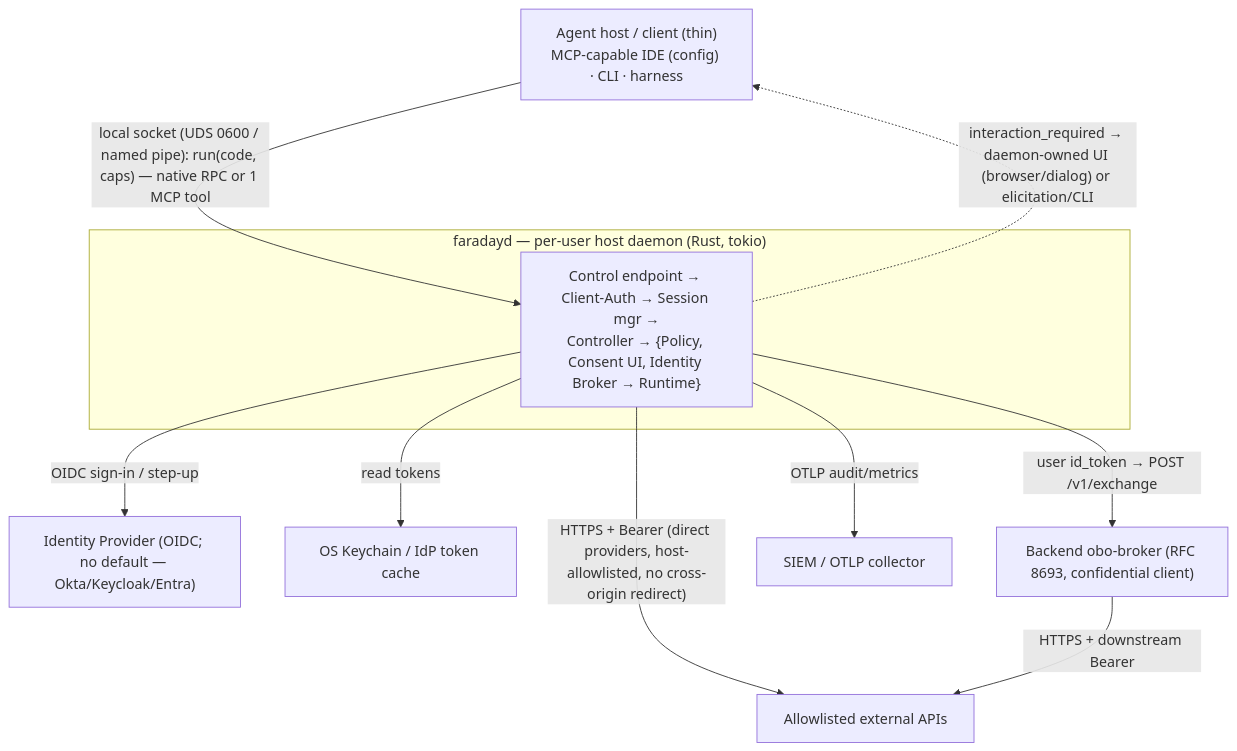
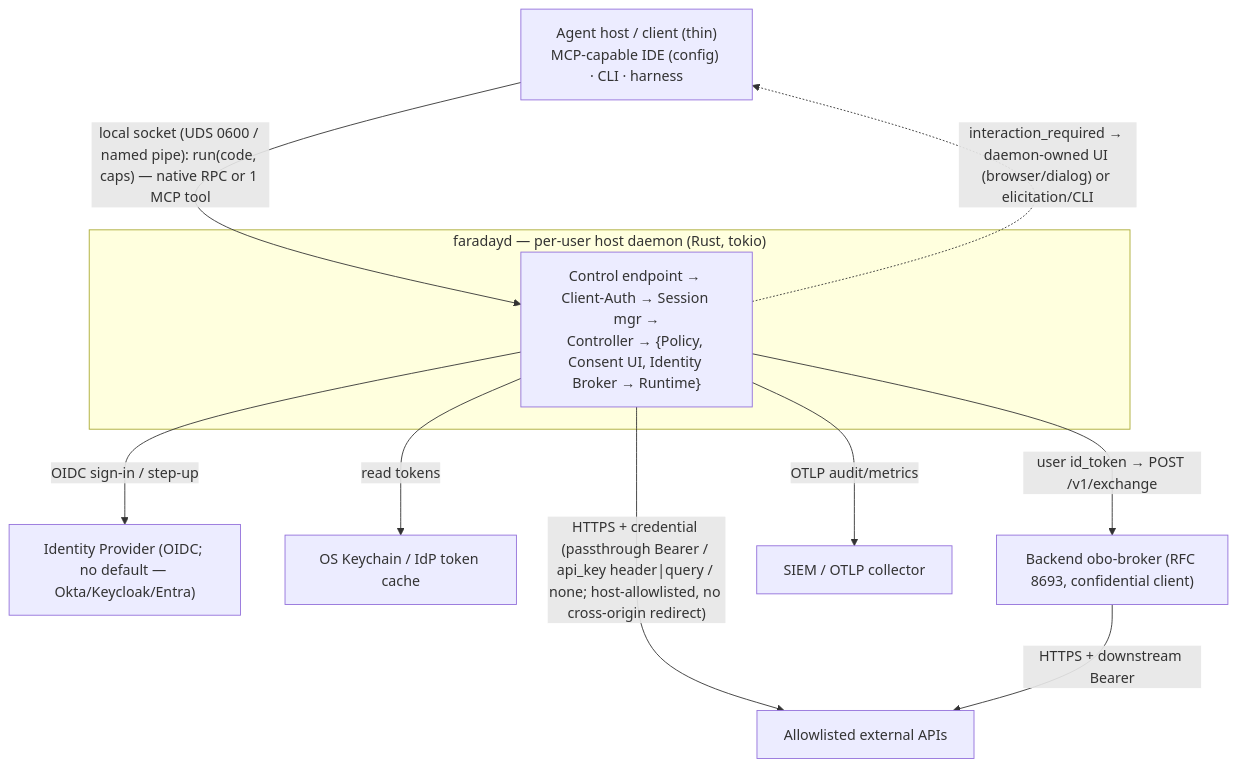
Before and after one commit to gatblau/faraday: the diagram in docs/spec/sandbox-daemon/phase-2-architecture.md, drawn with Mermaid. The commit also changed other lines of this file and 3 other files, not shown here.

````diff
--- a/docs/spec/sandbox-daemon/phase-2-architecture.md
+++ b/docs/spec/sandbox-daemon/phase-2-architecture.md
@@ -11,21 +11,21 @@
 ```mermaid
 graph TB
   client["Agent host / client (thin)<br/>MCP-capable IDE (config) · CLI · harness"]
   subgraph d["faradayd — per-user host daemon (Rust, tokio)"]
     s["Control endpoint → Client-Auth → Session mgr →<br/>Controller → {Policy, Consent UI, Identity Broker → Runtime}"]
   end
   idp["Identity Provider (OIDC; no default — Okta/Keycloak/Entra)"]
   keychain["OS Keychain / IdP token cache"]
   obo["Backend obo-broker (RFC 8693, confidential client)"]
   apis["Allowlisted external APIs"]
   siem["SIEM / OTLP collector"]
 
   client -->|"local socket (UDS 0600 / named pipe): run(code, caps) — native RPC or 1 MCP tool"| s
   s -.->|"interaction_required → daemon-owned UI (browser/dialog) or elicitation/CLI"| client
   s -->|"OIDC sign-in / step-up"| idp
   s -->|"read tokens"| keychain
   s -->|"user id_token → POST /v1/exchange"| obo
-  s -->|"HTTPS + Bearer (direct providers, host-allowlisted, no cross-origin redirect)"| apis
+  s -->|"HTTPS + credential (passthrough Bearer / api_key header|query / none; host-allowlisted, no cross-origin redirect)"| apis
   obo -->|"HTTPS + downstream Bearer"| apis
   s -->|"OTLP audit/metrics"| siem
 ```
````
